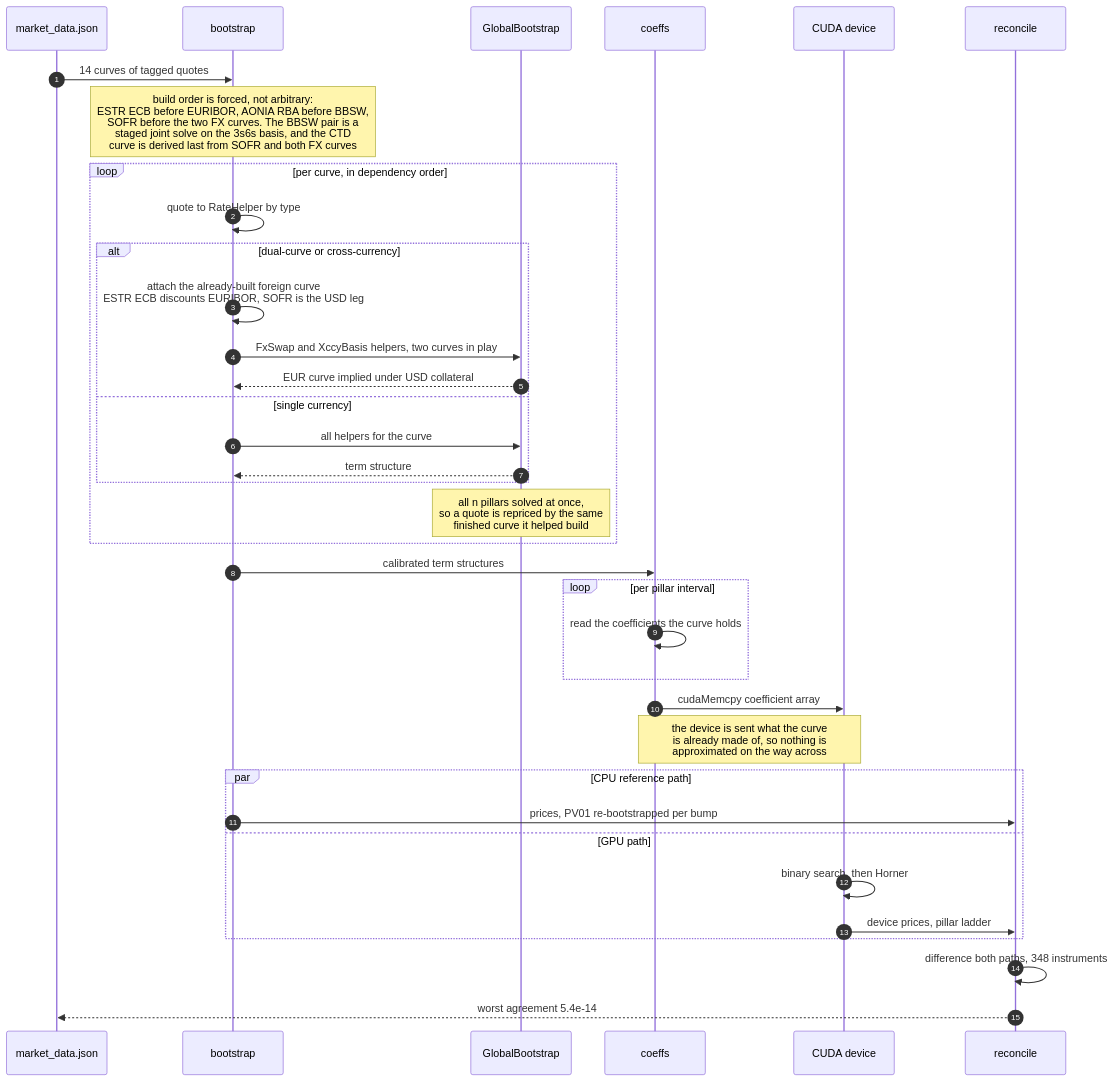
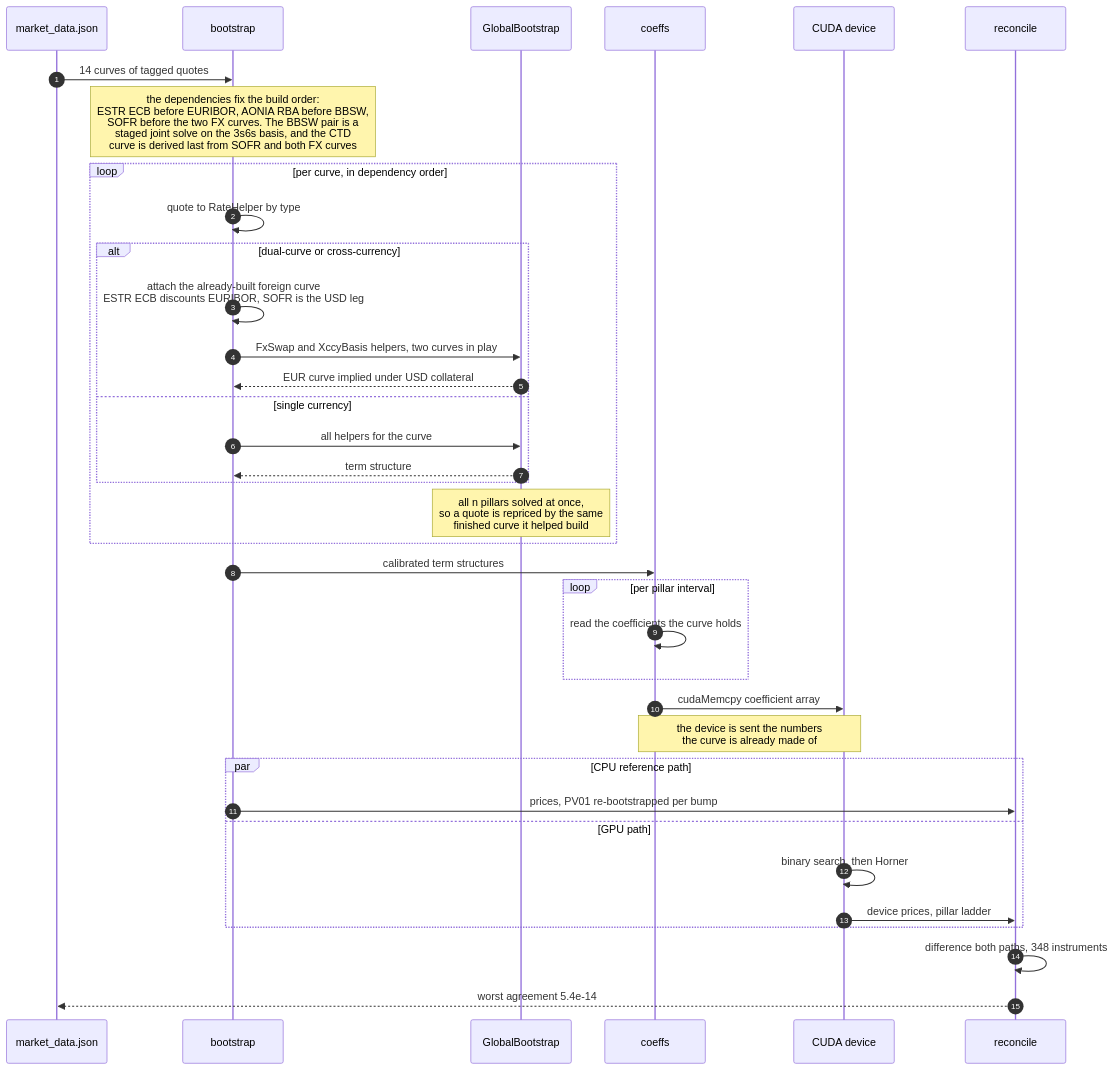
Before and after one commit to jrwglover/portfolio: the diagram in src/components/dashboards/curve_model/diagrams/valuation-run.mmd, drawn with Mermaid. The commit also changed 16 other files, not shown here.

```diff
--- a/src/components/dashboards/curve_model/diagrams/valuation-run.mmd
+++ b/src/components/dashboards/curve_model/diagrams/valuation-run.mmd
@@ -1,45 +1,45 @@
 %% One valuation run, in order, with the real operations named.
 %% Note: avoid "->", angle brackets and semicolons in message text. The
 %% lexer reads them as arrow tokens and fails to parse.
 sequenceDiagram
   autonumber
   participant MD as market_data.json
   participant B as bootstrap
   participant QL as GlobalBootstrap
   participant SC as coeffs
   participant GPU as CUDA device
   participant V as reconcile
 
   MD->>B: 14 curves of tagged quotes
 
-  Note over B: build order is forced, not arbitrary:<br/>ESTR ECB before EURIBOR, AONIA RBA before BBSW,<br/>SOFR before the two FX curves. The BBSW pair is a<br/>staged joint solve on the 3s6s basis, and the CTD<br/>curve is derived last from SOFR and both FX curves
+  Note over B: the dependencies fix the build order:<br/>ESTR ECB before EURIBOR, AONIA RBA before BBSW,<br/>SOFR before the two FX curves. The BBSW pair is a<br/>staged joint solve on the 3s6s basis, and the CTD<br/>curve is derived last from SOFR and both FX curves
 
   loop per curve, in dependency order
     B->>B: quote to RateHelper by type
     alt dual-curve or cross-currency
       B->>B: attach the already-built foreign curve<br/>ESTR ECB discounts EURIBOR, SOFR is the USD leg
       B->>QL: FxSwap and XccyBasis helpers, two curves in play
       QL-->>B: EUR curve implied under USD collateral
     else single currency
       B->>QL: all helpers for the curve
       QL-->>B: term structure
     end
     Note over QL: all n pillars solved at once,<br/>so a quote is repriced by the same<br/>finished curve it helped build
   end
 
   B->>SC: calibrated term structures
   loop per pillar interval
     SC->>SC: read the coefficients the curve holds
   end
   SC->>GPU: cudaMemcpy coefficient array
-  Note over SC,GPU: the device is sent what the curve<br/>is already made of, so nothing is<br/>approximated on the way across
+  Note over SC,GPU: the device is sent the numbers<br/>the curve is already made of
 
   par CPU reference path
     B->>V: prices, PV01 re-bootstrapped per bump
   and GPU path
     GPU->>GPU: binary search, then Horner
     GPU->>V: device prices, pillar ladder
   end
 
   V->>V: difference both paths, 348 instruments
   V-->>MD: worst agreement 5.4e-14
```
